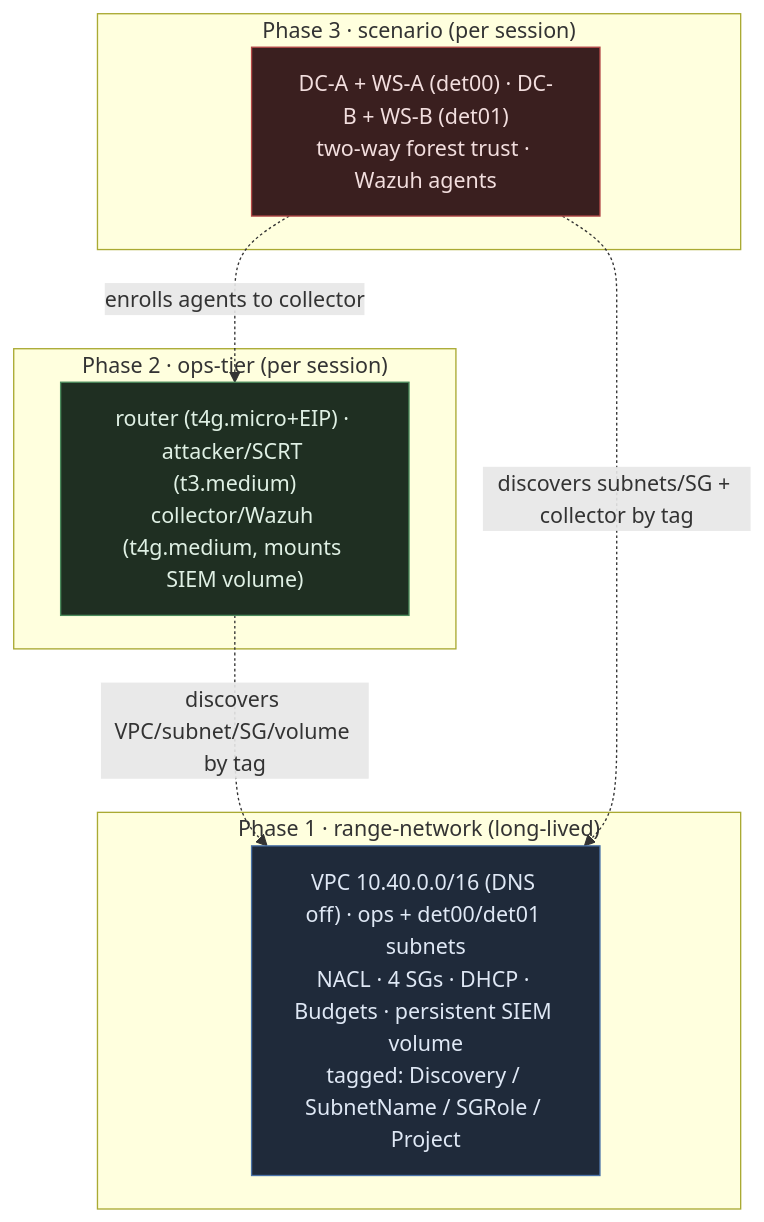
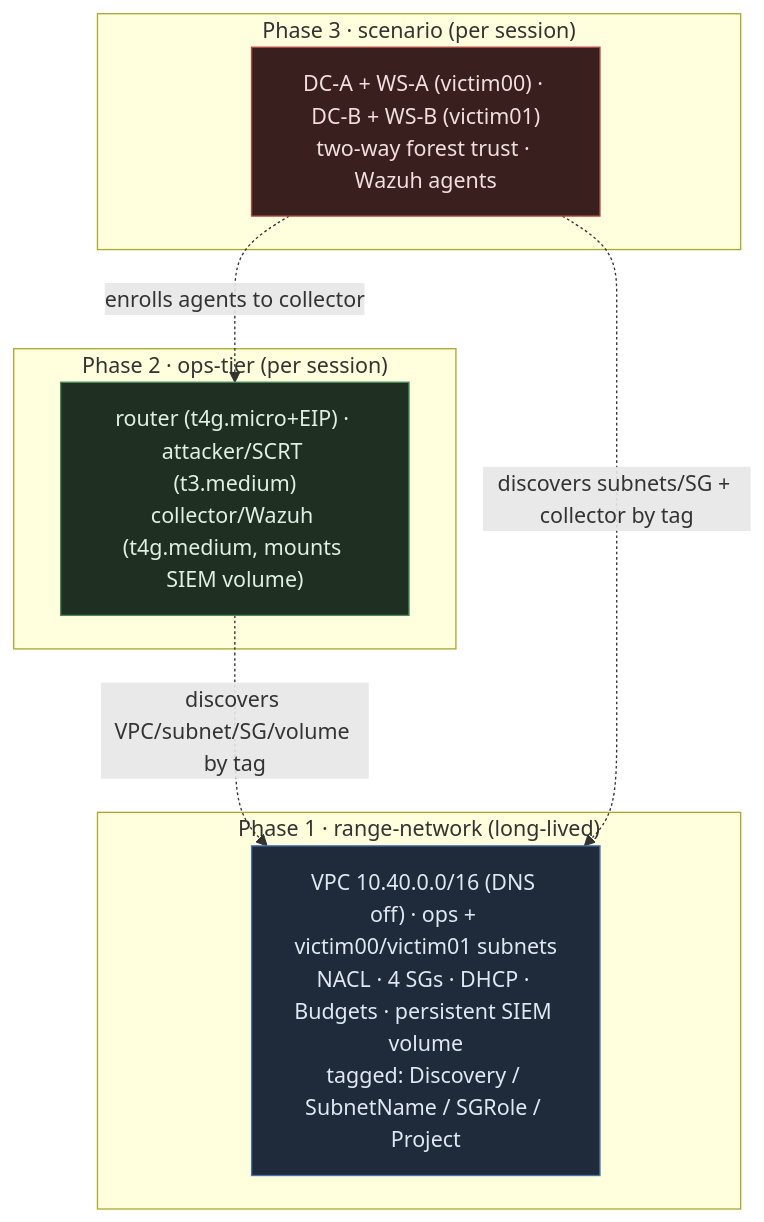
The diagram in _docs/runbooks/aws-range-deployment.md (alexrf45/security-labs), drawn with Mermaid before and after one commit. The commit also changed other lines of this file and 45 other files, not shown here.

````diff
--- a/_docs/runbooks/aws-range-deployment.md
+++ b/_docs/runbooks/aws-range-deployment.md
@@ -50,22 +35,22 @@
 ```mermaid
 graph TB
     subgraph P1["Phase 1 · range-network (long-lived)"]
-        NET["VPC 10.40.0.0/16 (DNS off) · ops + det00/det01 subnets<br/>NACL · 4 SGs · DHCP · Budgets · persistent SIEM volume<br/>tagged: Discovery / SubnetName / SGRole / Project"]
+        NET["VPC 10.40.0.0/16 (DNS off) · ops + victim00/victim01 subnets<br/>NACL · 4 SGs · DHCP · Budgets · persistent SIEM volume<br/>tagged: Discovery / SubnetName / SGRole / Project"]
     end
     subgraph P2["Phase 2 · ops-tier (per session)"]
         OPS["router (t4g.micro+EIP) · attacker/SCRT (t3.medium)<br/>collector/Wazuh (t4g.medium, mounts SIEM volume)"]
     end
     subgraph P3["Phase 3 · scenario (per session)"]
-        SC["DC-A + WS-A (det00) · DC-B + WS-B (det01)<br/>two-way forest trust · Wazuh agents"]
+        SC["DC-A + WS-A (victim00) · DC-B + WS-B (victim01)<br/>two-way forest trust · Wazuh agents"]
     end
     OPS -. "discovers VPC/subnet/SG/volume by tag" .-> NET
     SC  -. "discovers subnets/SG + collector by tag" .-> NET
     SC  -. "enrolls agents to collector" .-> OPS
 
     classDef net fill:#1f2a3a,stroke:#4a72a8,color:#dfe8f5
     classDef ops fill:#1f2f22,stroke:#4a8a5c,color:#dff0e4
     classDef sc  fill:#3a1f1f,stroke:#b34747,color:#f2dede
     class NET net
     class OPS ops
     class SC sc
 ```
````
